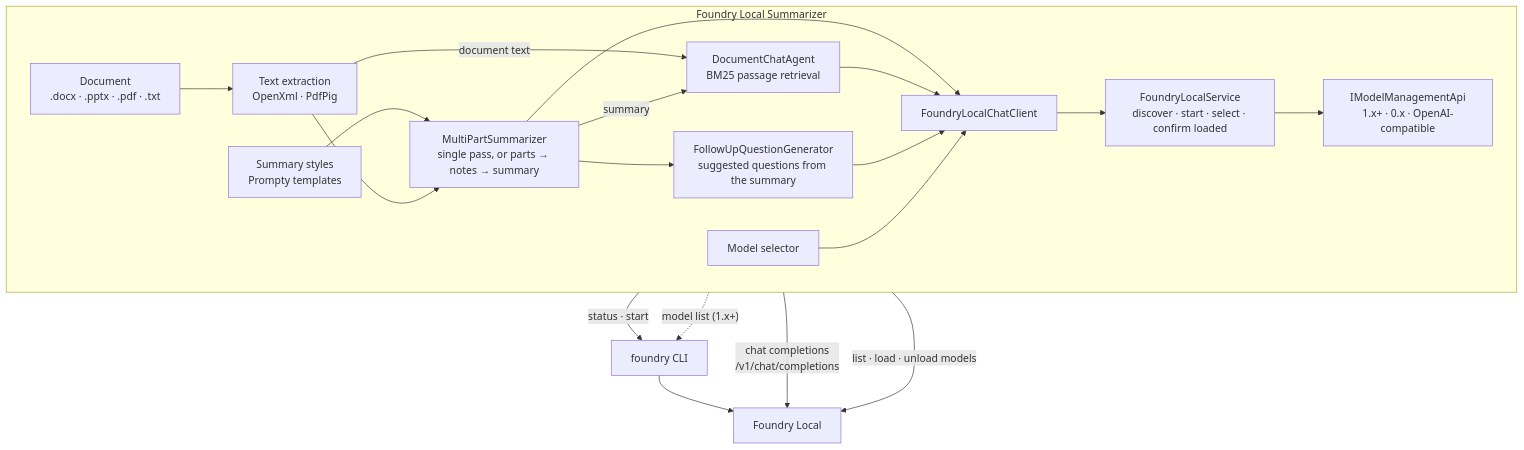
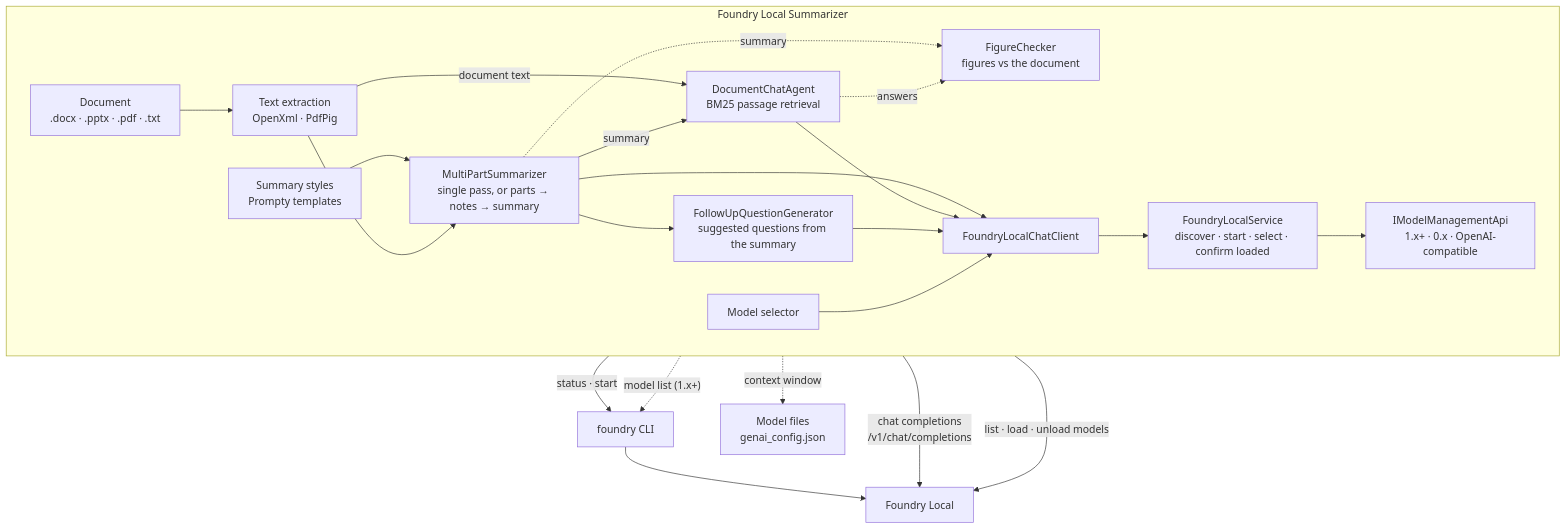
One commit to sagarworlds/foundry-local-summarize changed the diagram in README.md. Above: the diagram before and after it, drawn with Mermaid. The commit also changed other lines of this file and 22 other files, not shown here.

````diff
--- a/README.md
+++ b/README.md
@@ -167,27 +169,31 @@
 ```mermaid
 flowchart TB
     subgraph App["Foundry Local Summarizer"]
         direction LR
         File["Document<br/>.docx · .pptx · .pdf · .txt"] --> Extract["Text extraction<br/>OpenXml · PdfPig"]
         Styles["Summary styles<br/>Prompty templates"] --> Summarizer
         Extract --> Summarizer["MultiPartSummarizer<br/>single pass, or parts → notes → summary"]
         Extract -- document text --> Chat["DocumentChatAgent<br/>BM25 passage retrieval"]
         Summarizer -- summary --> Chat
         Summarizer --> Questions["FollowUpQuestionGenerator<br/>suggested questions from the summary"]
+        Summarizer -. summary .-> Check["FigureChecker<br/>figures vs the document"]
+        Chat -. answers .-> Check
         Summarizer --> Client["FoundryLocalChatClient"]
         Chat --> Client
         Questions --> Client
         Picker["Model selector"] --> Client
         Client --> Service["FoundryLocalService<br/>discover · start · select · confirm loaded"]
         Service --> Api["IModelManagementApi<br/>1.x+ · 0.x · OpenAI-compatible"]
     end
 
     CLI["foundry CLI"]
     Host["Foundry Local"]
+    Files["Model files<br/>genai_config.json"]
 
     Client -- "chat completions<br/>/v1/chat/completions" --> Host
     Api -- "list · load · unload models" --> Host
     Service -- "status · start" --> CLI
     Api -. "model list (1.x+)" .-> CLI
+    Service -. "context window" .-> Files
     CLI --> Host
 ```
````
